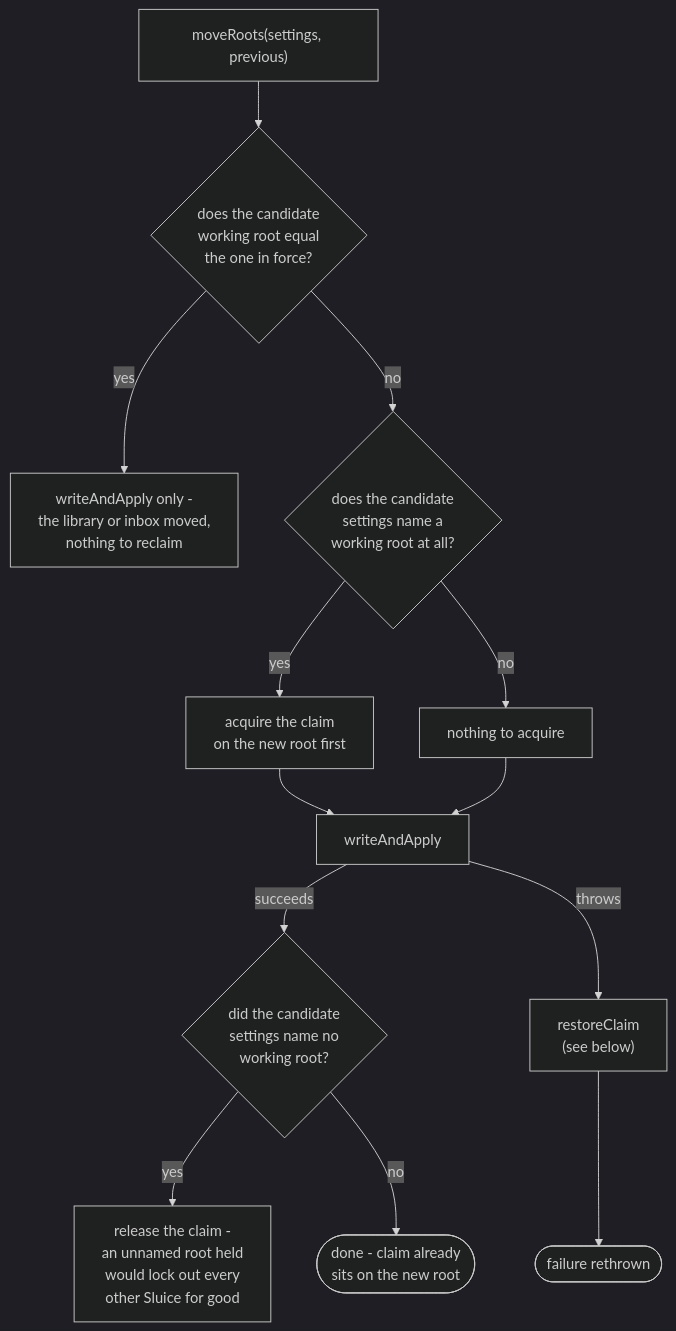
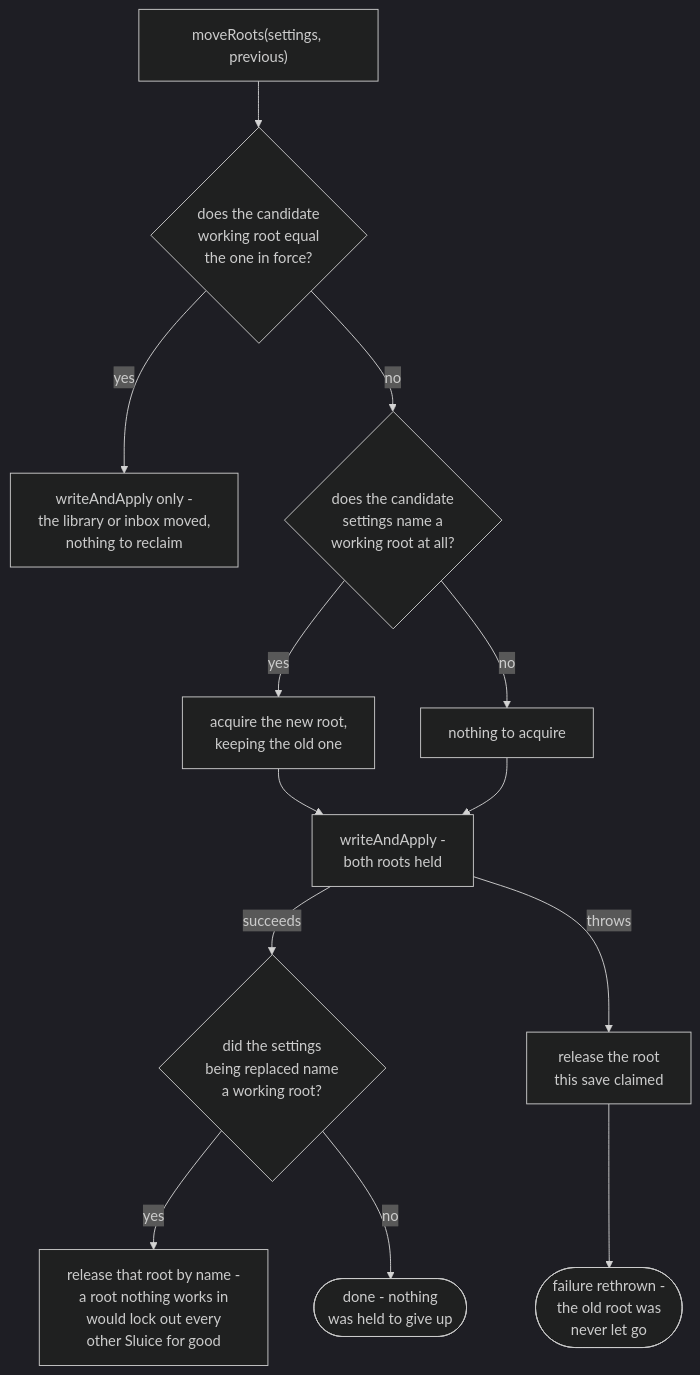
The third of 3 diagrams in app/docs/design/application/service/settings-service.md (AdrianNachev91/sluice), drawn with Mermaid (dark theme) before and after one commit. The commit also changed other lines of this file and 29 other files, not shown here.

````diff
--- a/app/docs/design/application/service/settings-service.md
+++ b/app/docs/design/application/service/settings-service.md
@@ -59,15 +64,15 @@
 ```mermaid
 flowchart TD
     A["moveRoots(settings, previous)"] --> B{"does the candidate<br/>working root equal<br/>the one in force?"}
     B -- yes --> C["writeAndApply only -<br/>the library or inbox moved,<br/>nothing to reclaim"]
     B -- no --> D{"does the candidate<br/>settings name a<br/>working root at all?"}
-    D -- yes --> E["acquire the claim<br/>on the new root first"]
+    D -- yes --> E["acquire the new root,<br/>keeping the old one"]
     D -- no --> F["nothing to acquire"]
-    E --> G["writeAndApply"]
+    E --> G["writeAndApply -<br/>both roots held"]
     F --> G
-    G -- succeeds --> H{"did the candidate<br/>settings name no<br/>working root?"}
-    H -- yes --> I["release the claim -<br/>an unnamed root held<br/>would lock out every<br/>other Sluice for good"]
-    H -- no --> J(["done - claim already<br/>sits on the new root"])
-    G -- throws --> K["restoreClaim<br/>(see below)"]
-    K --> L(["failure rethrown"])
+    G -- succeeds --> H{"did the settings<br/>being replaced name<br/>a working root?"}
+    H -- yes --> I["release that root by name -<br/>a root nothing works in<br/>would lock out every<br/>other Sluice for good"]
+    H -- no --> J(["done - nothing<br/>was held to give up"])
+    G -- throws --> K["release the root<br/>this save claimed"]
+    K --> L(["failure rethrown -<br/>the old root was<br/>never let go"])
 ```
````
